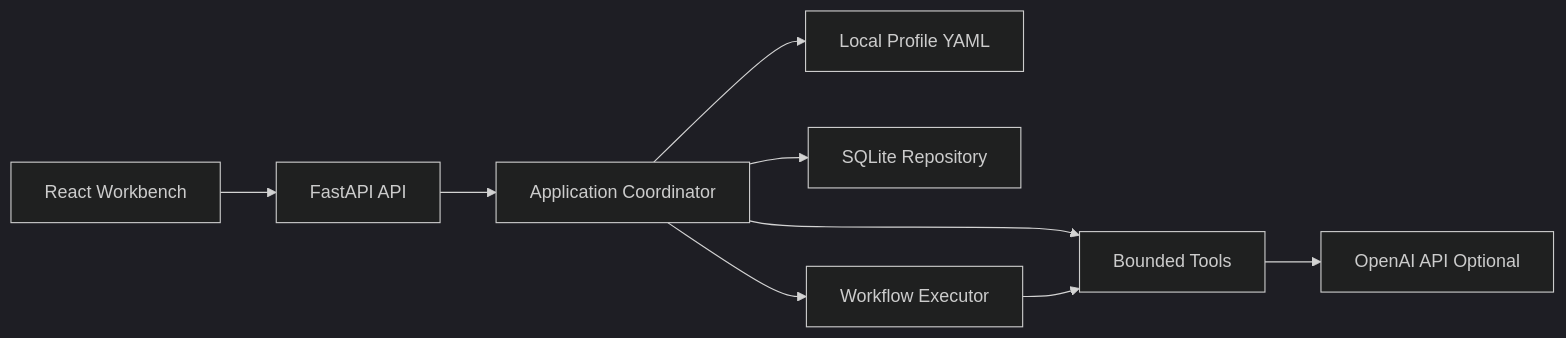
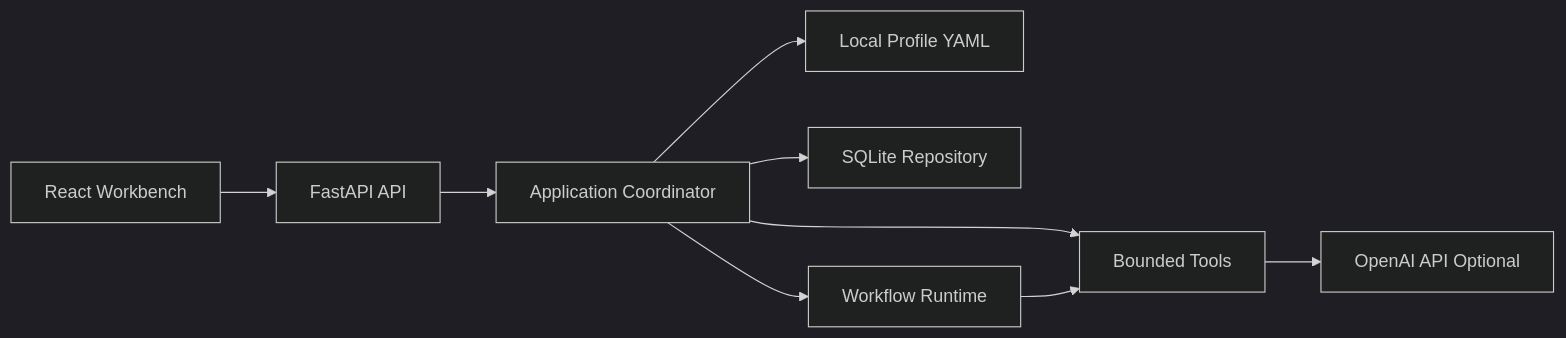
One commit to David-ChenH/CareerPilot changed the first of 2 diagrams in README.md. Above: the diagram before and after it, drawn with Mermaid (dark theme). The commit also changed other lines of this file and 2 other files, not shown here.

````diff
--- a/README.md
+++ b/README.md
@@ -41,20 +62,20 @@
 ```mermaid
 flowchart LR
   ui["React Workbench"]
   api["FastAPI API"]
   coordinator["Application Coordinator"]
   profile["Local Profile YAML"]
   db["SQLite Repository"]
   tools["Bounded Tools"]
-  workflow["Workflow Executor"]
+  workflow["Workflow Runtime"]
   llm["OpenAI API Optional"]
 
   ui --> api
   api --> coordinator
   coordinator --> profile
   coordinator --> db
   coordinator --> tools
   coordinator --> workflow
   tools --> llm
   workflow --> tools
 ```
````
